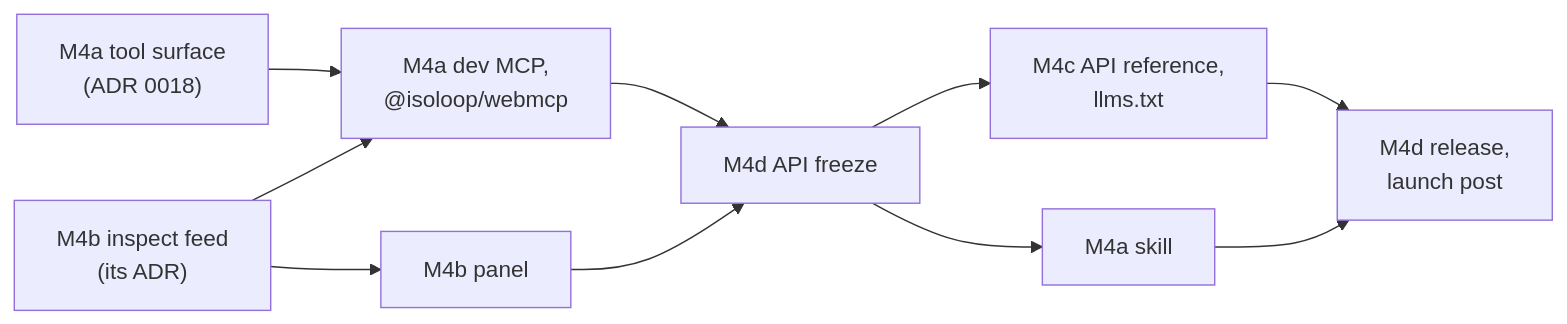
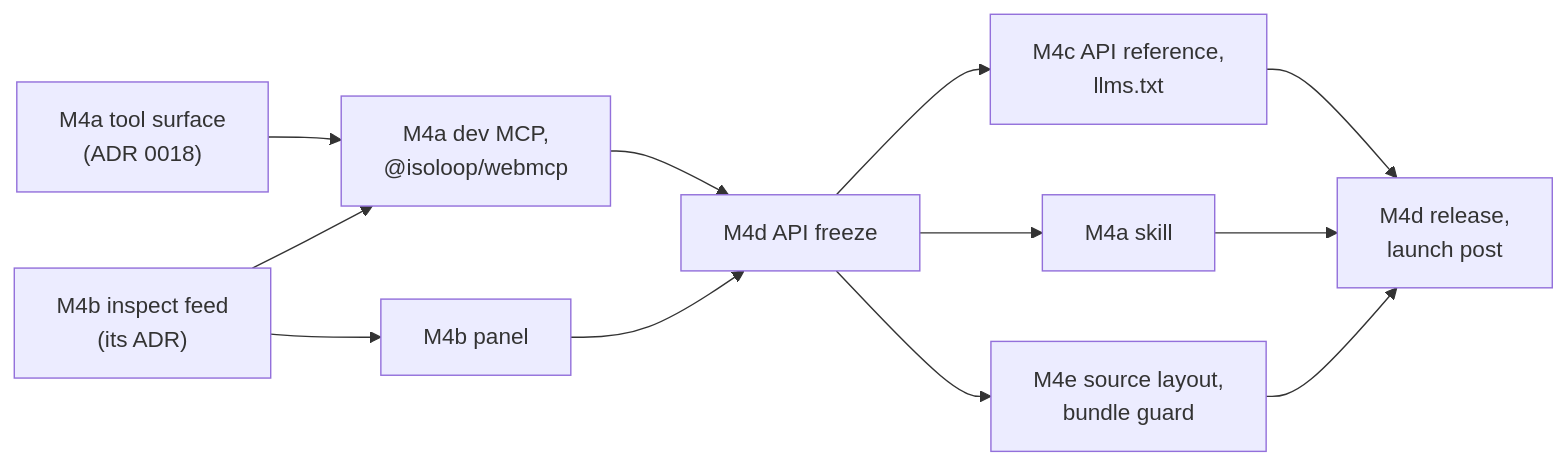
One commit to isoloop/isoloop changed the diagram in docs/plans/m4-devtools-release.md. Above: the diagram before and after it, drawn with Mermaid. The commit also changed other lines of this file and 3 other files, not shown here.

First line of the commit message:
docs(plans): M4e, the source layout, before 0.1.0

````diff
--- a/docs/plans/m4-devtools-release.md
+++ b/docs/plans/m4-devtools-release.md
@@ -24,10 +27,11 @@
 ```mermaid
 flowchart LR
   M4a1["M4a tool surface<br/>(ADR 0018)"] --> M4a2["M4a dev MCP,<br/>@isoloop/webmcp"]
   M4b1["M4b inspect feed<br/>(its ADR)"] --> M4b2["M4b panel"]
   M4b1 --> M4a2
   M4a2 & M4b2 --> M4d1["M4d API freeze"]
   M4d1 --> M4c["M4c API reference,<br/>llms.txt"]
   M4d1 --> M4a3["M4a skill"]
   M4c & M4a3 --> M4d2["M4d release,<br/>launch post"]
+  M4d1 --> M4e["M4e source layout,<br/>bundle guard"] --> M4d2
 ```
````
